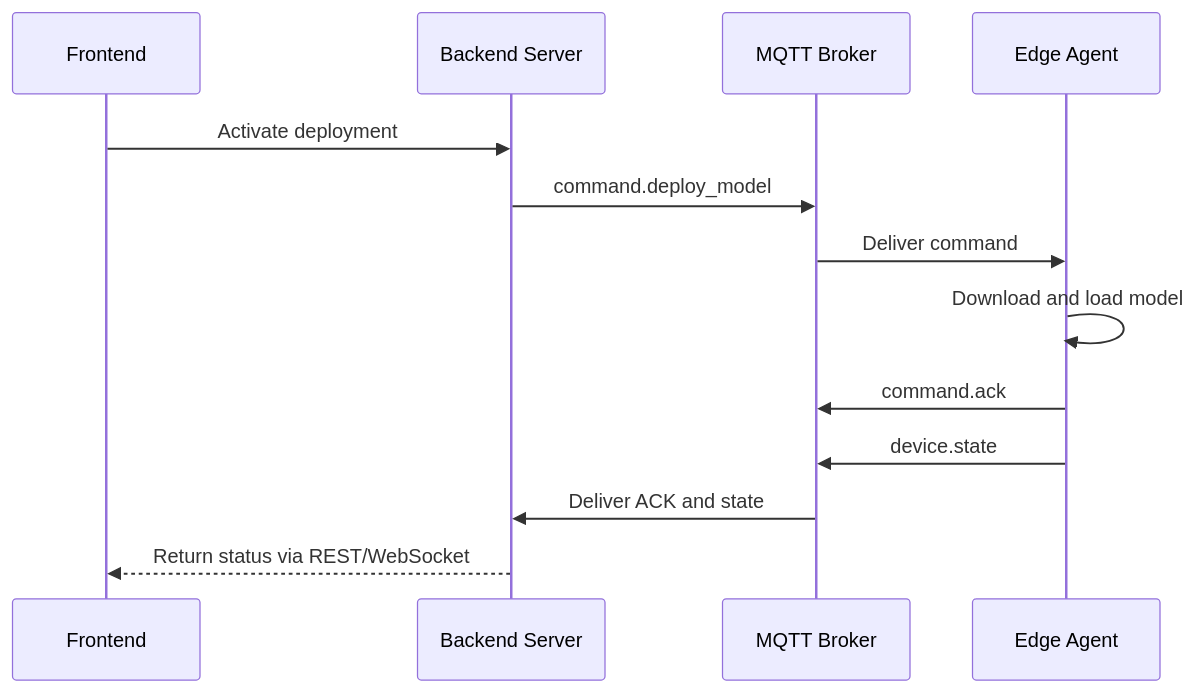
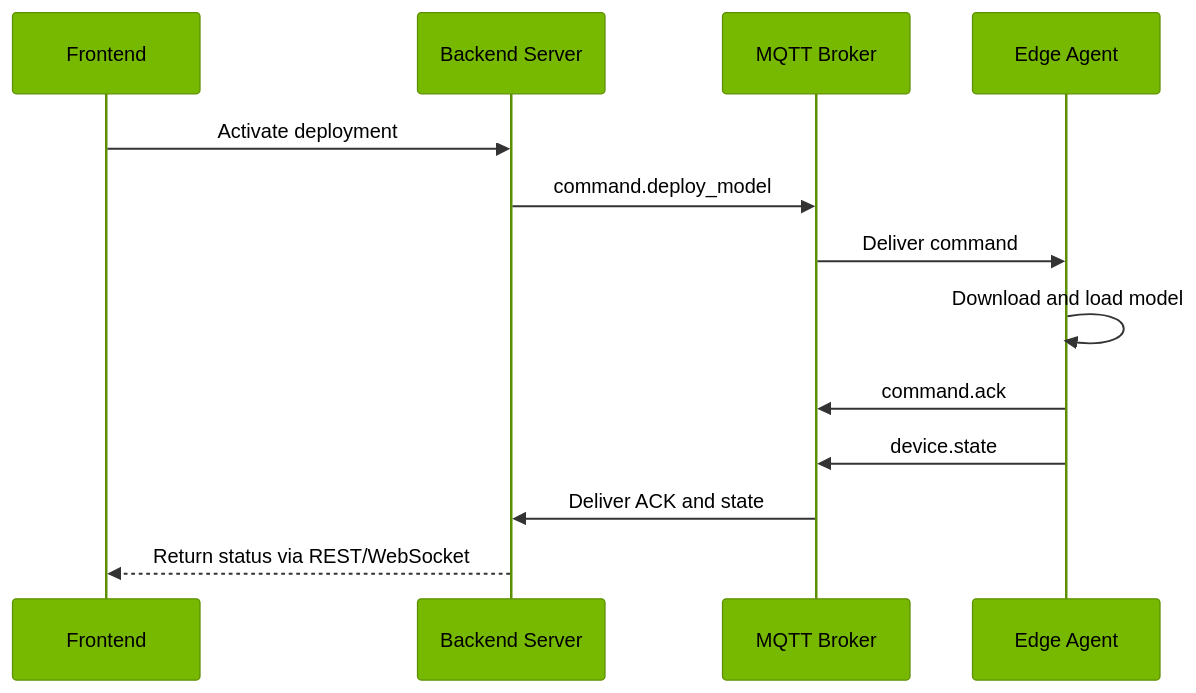
One commit to HipSayu/ai-edge-ops changed the fourth of 6 diagrams in backend/docs/EDGE_SERVER_COMMUNICATION.md. Above: the diagram before and after it, drawn with Mermaid. The commit also changed other lines of this file and 27 other files, not shown here.

````diff
--- a/backend/docs/EDGE_SERVER_COMMUNICATION.md
+++ b/backend/docs/EDGE_SERVER_COMMUNICATION.md
@@ -105,16 +119,17 @@
 ```mermaid
+%%{init: {"theme":"base","themeVariables":{"primaryColor":"#76B900","primaryTextColor":"#000000","primaryBorderColor":"#5C8F00","lineColor":"#333333","fontFamily":"Helvetica, Arial, sans-serif","fontSize":"14px","actorBkg":"#76B900","actorBorder":"#5C8F00","actorTextColor":"#000000","signalColor":"#333333","signalTextColor":"#000000","labelBoxBkg":"#F2F2F2","labelBoxBorderColor":"#CCCCCC"}}}%%
 sequenceDiagram
     participant F as Frontend
     participant S as Backend Server
     participant M as MQTT Broker
     participant E as Edge Agent
 
     F->>S: Activate deployment
     S->>M: command.deploy_model
     M->>E: Deliver command
     E->>E: Download and load model
     E->>M: command.ack
     E->>M: device.state
     M->>S: Deliver ACK and state
     S-->>F: Return status via REST/WebSocket
 ```
````
